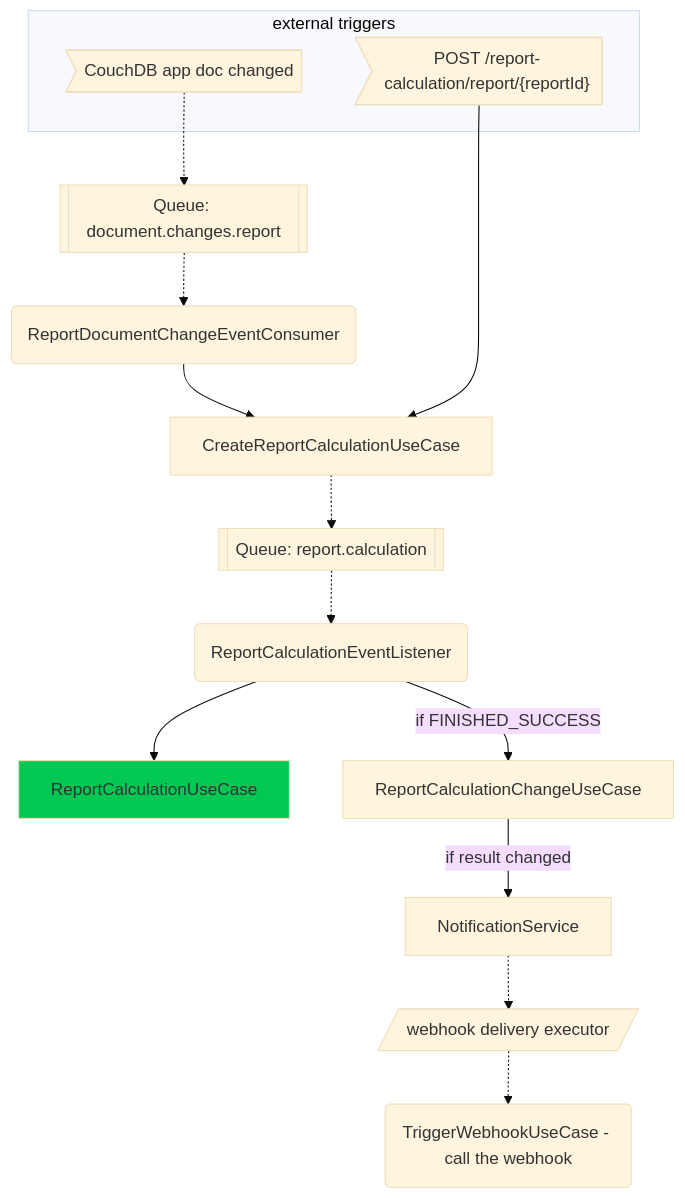
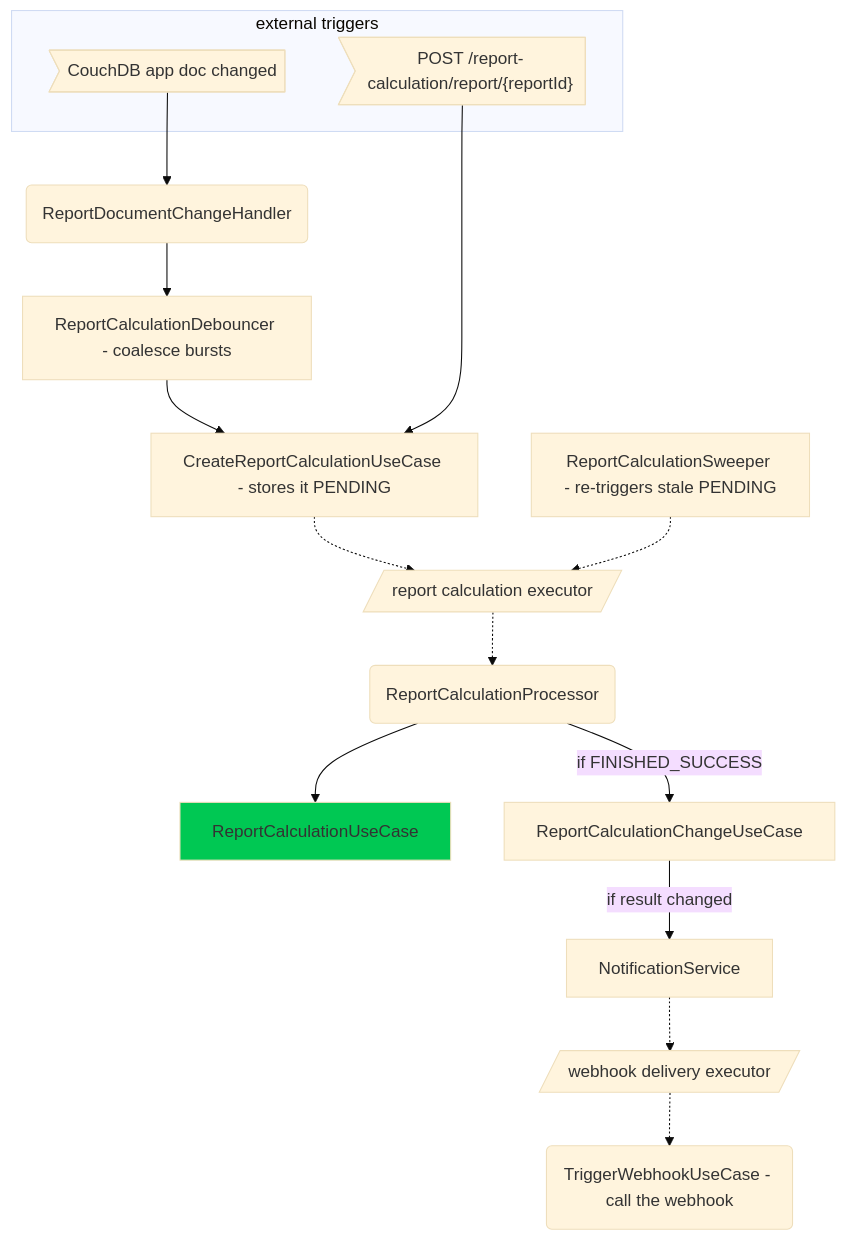
One commit to Aam-Digital/aam-services changed the diagram in application/aam-backend-service/src/main/kotlin/com/aamdigital/aambackendservice/reporting/README.md. Above: the diagram before and after it, drawn with Mermaid (base theme). The commit also changed other lines of this file and 77 other files, not shown here.

````diff
--- a/application/aam-backend-service/src/main/kotlin/com/aamdigital/aambackendservice/reporting/README.md
+++ b/application/aam-backend-service/src/main/kotlin/com/aamdigital/aambackendservice/reporting/README.md
@@ -14,24 +15,25 @@
 ```mermaid
 flowchart TD
     subgraph trigger[external triggers]
         calculationRequest>"POST /report-calculation/report/{reportId}"]
         externalDocChange>"CouchDB app doc changed"]
     end
 
-    externalDocChange -.-> Q_DocChanges
-    Q_DocChanges[[Queue: document.changes.report]] -.-> ChangeEventConsumer
-    ChangeEventConsumer(ReportDocumentChangeEventConsumer) --> CreateCalculation
+    externalDocChange --> ChangeHandler
+    ChangeHandler(ReportDocumentChangeHandler) --> Debouncer
+    Debouncer[ReportCalculationDebouncer - coalesce bursts] --> CreateCalculation
     calculationRequest --> CreateCalculation
 
-    CreateCalculation[CreateReportCalculationUseCase] -.-> Q_Calculation
-    Q_Calculation[[Queue: report.calculation]] -.-> CalculationListener
-    CalculationListener(ReportCalculationEventListener) --> Calculation
+    CreateCalculation[CreateReportCalculationUseCase - stores it PENDING] -.-> E_Calculation
+    E_Calculation[/report calculation executor/] -.-> CalculationProcessor
+    Sweeper[ReportCalculationSweeper - re-triggers stale PENDING] -.-> E_Calculation
+    CalculationProcessor(ReportCalculationProcessor) --> Calculation
     Calculation[ReportCalculationUseCase]
     style Calculation fill:#00C853
 
-    CalculationListener -- if FINISHED_SUCCESS --> CalculationChange
+    CalculationProcessor -- if FINISHED_SUCCESS --> CalculationChange
     CalculationChange[ReportCalculationChangeUseCase] -- if result changed --> WebhookNotification
     WebhookNotification["NotificationService"] -.-> E_Webhook
     E_Webhook[/webhook delivery executor/] -.-> TriggerWebhook
     TriggerWebhook(TriggerWebhookUseCase - call the webhook)
 ```
````
